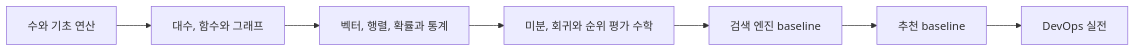
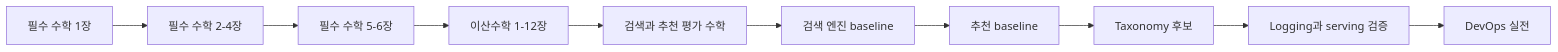
The diagram in fit/growth/learning/roadmaps/2026-H2-Math-Roadmap.md (dc-choi/interview), drawn with Mermaid before and after one commit. The commit also changed other lines of this file and 5 other files, not shown here.

````diff
--- a/fit/growth/learning/roadmaps/2026-H2-Math-Roadmap.md
+++ b/fit/growth/learning/roadmaps/2026-H2-Math-Roadmap.md
@@ -24,9 +24,12 @@
 ```mermaid
 flowchart LR
-  A[수와 기초 연산] --> B[대수, 함수와 그래프]
-  B --> C[벡터, 행렬, 확률과 통계]
-  C --> D[미분, 회귀와 순위 평가 수학]
-  D --> E[검색 엔진 baseline]
-  E --> F[추천 baseline]
-  F --> G[DevOps 실전]
+  A[필수 수학 1장] --> B[필수 수학 2-4장]
+  B --> C[필수 수학 5-6장]
+  C --> D[이산수학 1-12장]
+  D --> E[검색과 추천 평가 수학]
+  E --> F[검색 엔진 baseline]
+  F --> G[추천 baseline]
+  G --> H[Taxonomy 후보]
+  H --> I[Logging과 serving 검증]
+  I --> J[DevOps 실전]
 ```
````
